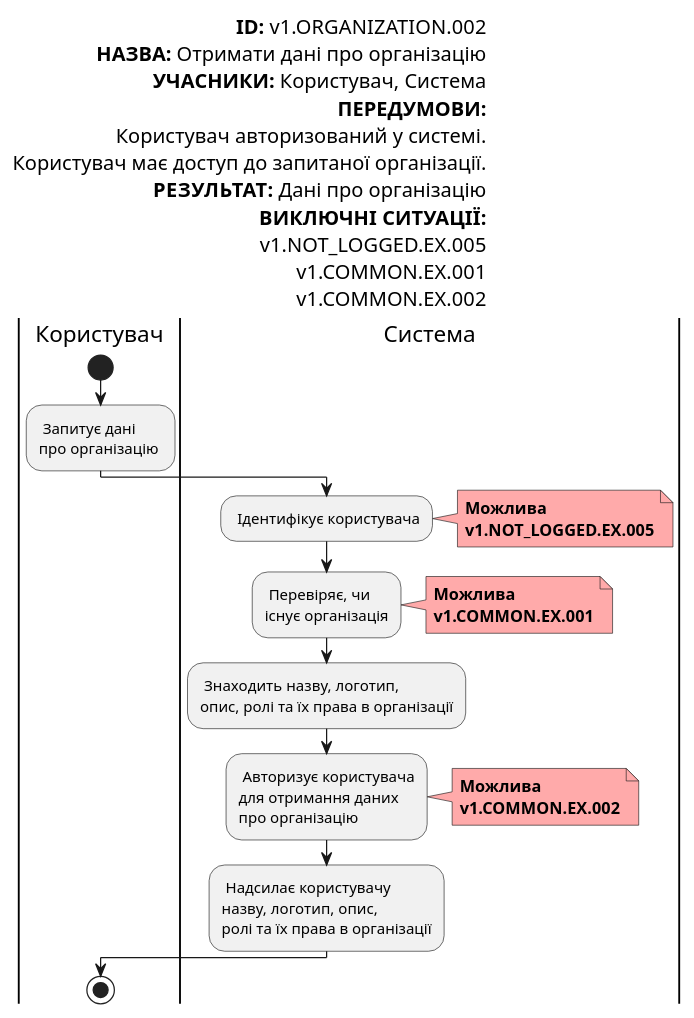
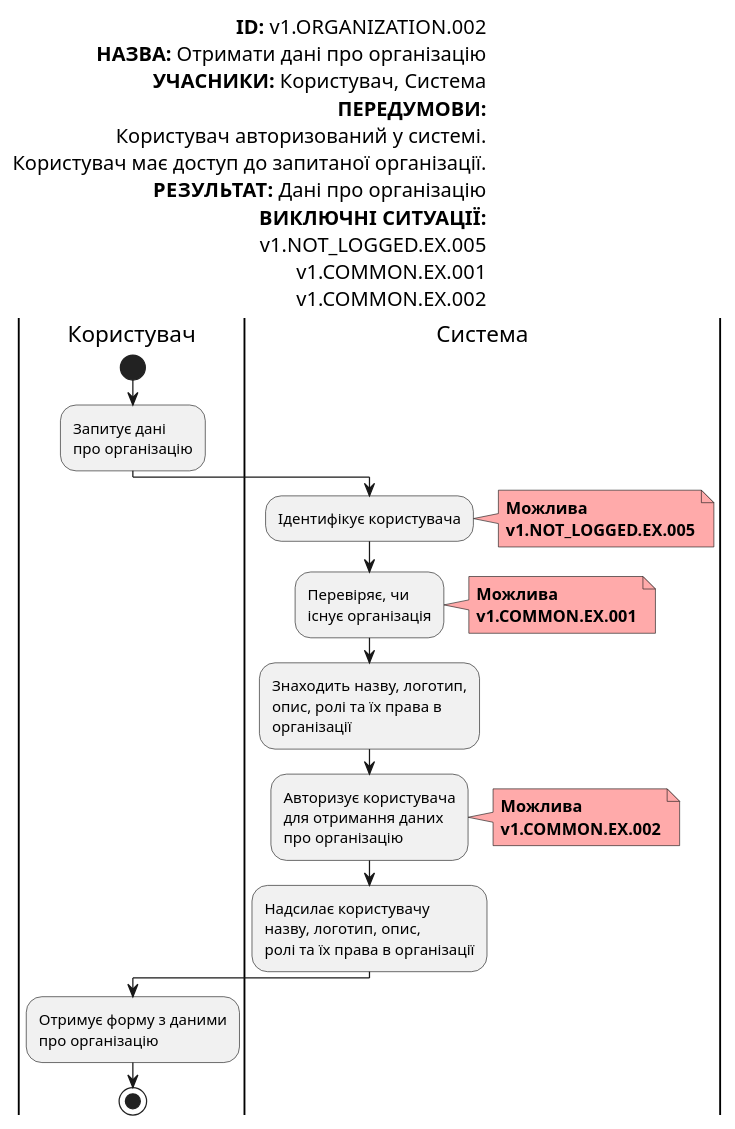
One commit to gurug-prog/survey-expert changed diagram 11 of 23 in docs/use-cases/README.md. Above: the diagram before and after it, drawn with PlantUML. The commit also changed other lines of this file and 3 other files, not shown here.

Commit message:
Improve diagrams

```diff
--- a/docs/use-cases/README.md
+++ b/docs/use-cases/README.md
@@ -461,55 +479,61 @@
   @startuml
 
       left header
            <font color=000 size=16><b>ID:</b> v1.ORGANIZATION.002
            <font color=000 size=16><b>НАЗВА:</b> Отримати дані про організацію
            <font color=000 size=16><b>УЧАСНИКИ:</b> Користувач, Система
            <font color=000 size=16><b>ПЕРЕДУМОВИ:</b>
            <font color=000 size=16>Користувач авторизований у системі.
            <font color=000 size=16>Користувач має доступ до запитаної організації.
            <font color=000 size=16><b>РЕЗУЛЬТАТ:</b> Дані про організацію
            <font color=000 size=16><b>ВИКЛЮЧНІ СИТУАЦІЇ:</b>
            <font color=000 size=16>v1.NOT_LOGGED.EX.005
            <font color=000 size=16>v1.COMMON.EX.001
            <font color=000 size=16>v1.COMMON.EX.002
        end header
 
        |Користувач|
            start
-           : Запитує дані
-           про організацію ;
+           :Запитує дані
+           про організацію;
 
        |Система|
-           : Ідентифікує користувача;
+           :Ідентифікує користувача;
            note right #ffaaaa
            <b>Можлива</b>
            <b>v1.NOT_LOGGED.EX.005</b>
            end note
 
-           : Перевіряє, чи
+           :Перевіряє, чи
            існує організація;
 
            note right #ffaaaa
            <b>Можлива</b>
            <b>v1.COMMON.EX.001</b>
            end note
 
-           : Знаходить назву, логотип,
-           опис, ролі та їх права в організації;
+           :Знаходить назву, логотип,
+           опис, ролі та їх права в
+           організації;
 
-           : Авторизує користувача
+           :Авторизує користувача
            для отримання даних
            про організацію;
 
            note right #ffaaaa
            <b>Можлива</b>
            <b>v1.COMMON.EX.002</b>
            end note
 
-           : Надсилає користувачу
+           :Надсилає користувачу
            назву, логотип, опис,
            ролі та їх права в організації;
+
        |Користувач|
-           stop;
+
+            :Отримує форму з даними
+            про організацію;
+
+            stop;
 
   @enduml
```
